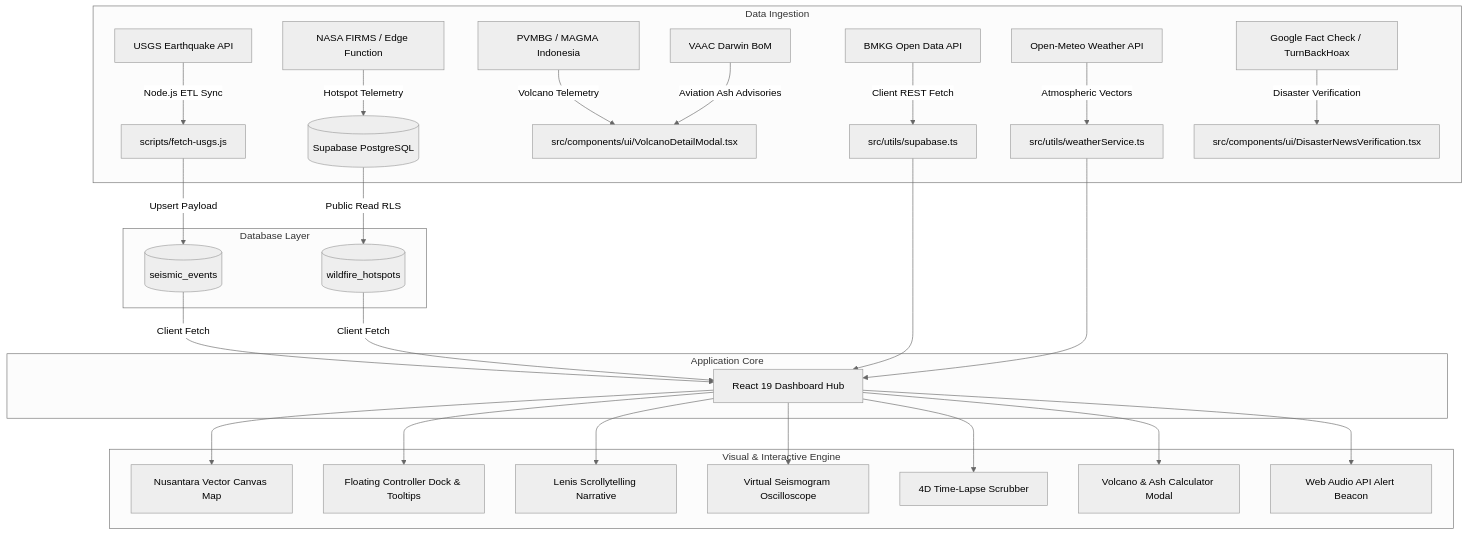
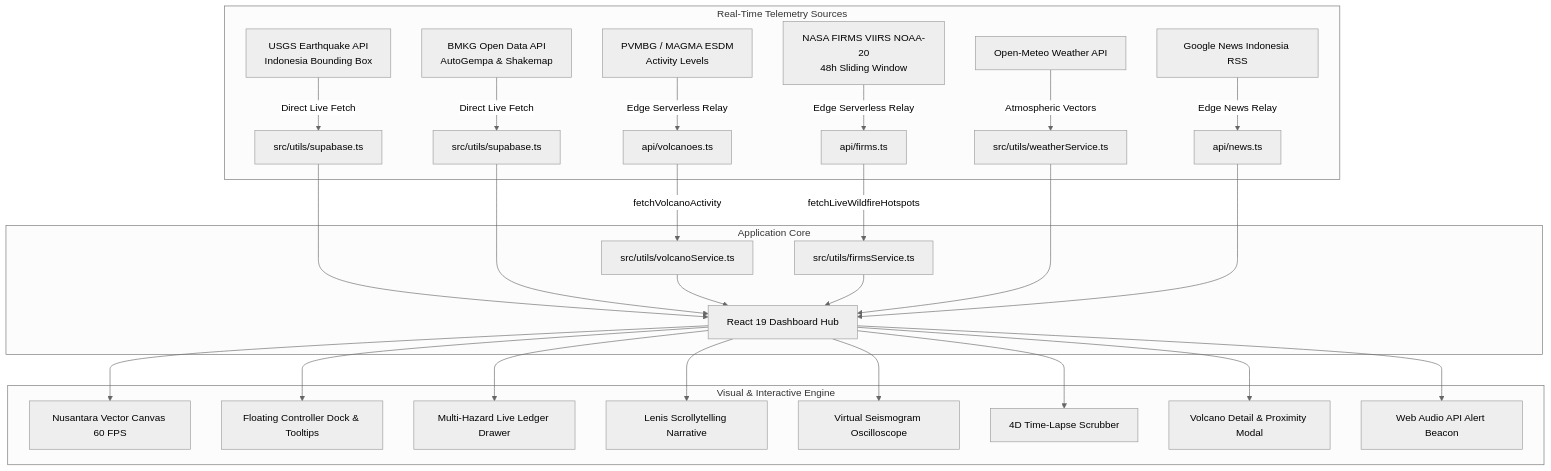
One commit to FerrelHD/Global-Seismic-Tracker changed the diagram in README.md. Above: the diagram before and after it, drawn with Mermaid (neutral theme). The commit also changed other lines of this file, not shown here.

Commit message:
docs(readme): update documentation with multi-hazard ledger, real-time FIRMS satellite pipeline, and PVMBG status alignment

````diff
--- a/README.md
+++ b/README.md
@@ -92,34 +96,31 @@
 ```mermaid
 graph TD
-  subgraph Data Ingestion
-    USGS[USGS Earthquake API] -->|Node.js ETL Sync| FetchScript[scripts/fetch-usgs.js]
-    BMKG[BMKG Open Data API] -->|Client REST Fetch| BMKGUtil[src/utils/supabase.ts]
-    PVMBG[PVMBG / MAGMA Indonesia] -->|Volcano Telemetry| VolcanoUtil[src/components/ui/VolcanoDetailModal.tsx]
-    VAAC[VAAC Darwin BoM] -->|Aviation Ash Advisories| VolcanoUtil
-    FIRMS[NASA FIRMS / Edge Function] -->|Hotspot Telemetry| HotspotDB[(Supabase PostgreSQL)]
+  subgraph Real-Time Telemetry Sources
+    USGS[USGS Earthquake API<br/>Indonesia Bounding Box] -->|Direct Live Fetch| SeismicUtil[src/utils/supabase.ts]
+    BMKG[BMKG Open Data API<br/>AutoGempa & Shakemap] -->|Direct Live Fetch| BMKGUtil[src/utils/supabase.ts]
+    PVMBG[PVMBG / MAGMA ESDM<br/>Activity Levels] -->|Edge Serverless Relay| VolcanoAPI[api/volcanoes.ts]
+    FIRMS[NASA FIRMS VIIRS NOAA-20<br/>48h Sliding Window] -->|Edge Serverless Relay| FirmsAPI[api/firms.ts]
     Meteo[Open-Meteo Weather API] -->|Atmospheric Vectors| WeatherSvc[src/utils/weatherService.ts]
-    FactCheck[Google Fact Check / TurnBackHoax] -->|Disaster Verification| NewsSvc[src/components/ui/DisasterNewsVerification.tsx]
-  end
-
-  subgraph Database Layer
-    FetchScript -->|Upsert Payload| DB_Seismic[(seismic_events)]
-    HotspotDB -->|Public Read RLS| DB_Hotspots[(wildfire_hotspots)]
+    News[Google News Indonesia RSS] -->|Edge News Relay| NewsAPI[api/news.ts]
   end
 
   subgraph Application Core
-    DB_Seismic -->|Client Fetch| App[React 19 Dashboard Hub]
-    DB_Hotspots -->|Client Fetch| App
+    SeismicUtil --> App[React 19 Dashboard Hub]
     BMKGUtil --> App
+    VolcanoAPI -->|fetchVolcanoActivity| VolcanoSvc[src/utils/volcanoService.ts] --> App
+    FirmsAPI -->|fetchLiveWildfireHotspots| FirmsSvc[src/utils/firmsService.ts] --> App
     WeatherSvc --> App
+    NewsAPI --> App
   end
 
   subgraph Visual & Interactive Engine
-    App --> VectorMap[Nusantara Vector Canvas Map]
+    App --> VectorMap[Nusantara Vector Canvas 60 FPS]
     App --> HUD[Floating Controller Dock & Tooltips]
+    App --> Ledger[Multi-Hazard Live Ledger Drawer]
     App --> Scrolly[Lenis Scrollytelling Narrative]
     App --> Seismogram[Virtual Seismogram Oscilloscope]
     App --> TimeLapse[4D Time-Lapse Scrubber]
-    App --> VolcanoModal[Volcano & Ash Calculator Modal]
+    App --> VolcanoModal[Volcano Detail & Proximity Modal]
     App --> Audio[Web Audio API Alert Beacon]
   end
 ```
````
